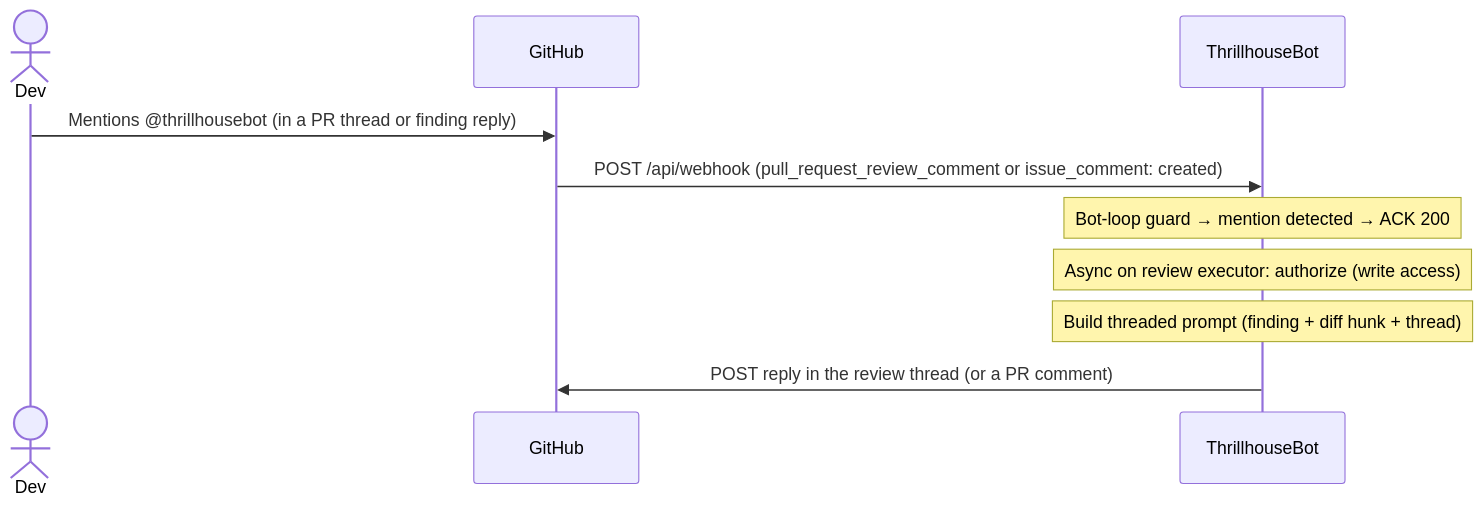
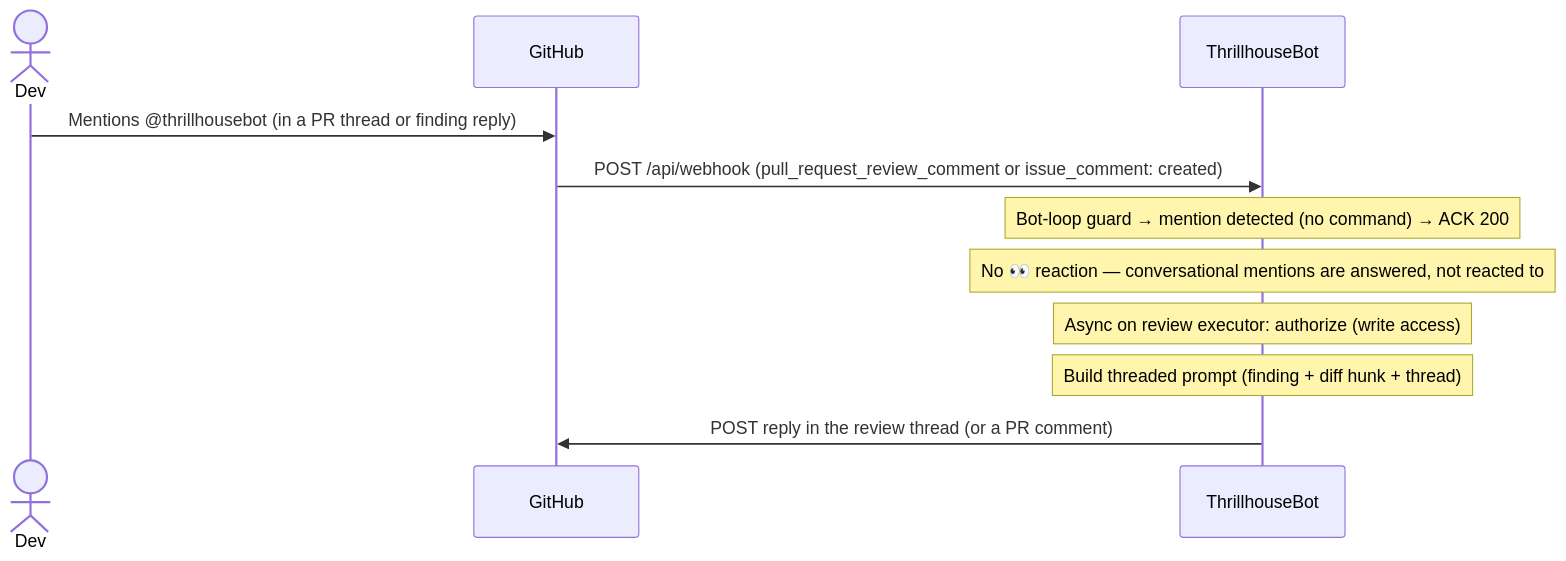
The sixth of 6 diagrams in docs/ARCHITECTURE.md (devops-thiago/ThrillhouseBot), drawn with Mermaid before and after one commit. The commit also changed other lines of this file and 2 other files, not shown here.

First line of the commit message:
docs: align CHANGELOG, README, and architecture with v0.4.0 (#365)

````diff
--- a/docs/ARCHITECTURE.md
+++ b/docs/ARCHITECTURE.md
@@ -167,14 +187,15 @@
 ```mermaid
 sequenceDiagram
     actor Dev
     participant GH as GitHub
     participant TB as ThrillhouseBot
 
     Dev->>GH: Mentions @thrillhousebot (in a PR thread or finding reply)
     GH->>TB: POST /api/webhook (pull_request_review_comment or issue_comment: created)
 
-    Note over TB: Bot-loop guard → mention detected → ACK 200
+    Note over TB: Bot-loop guard → mention detected (no command) → ACK 200
+    Note over TB: No 👀 reaction — conversational mentions are answered, not reacted to
     Note over TB: Async on review executor: authorize (write access)
     Note over TB: Build threaded prompt (finding + diff hunk + thread)
     TB->>GH: POST reply in the review thread (or a PR comment)
 ```
````
